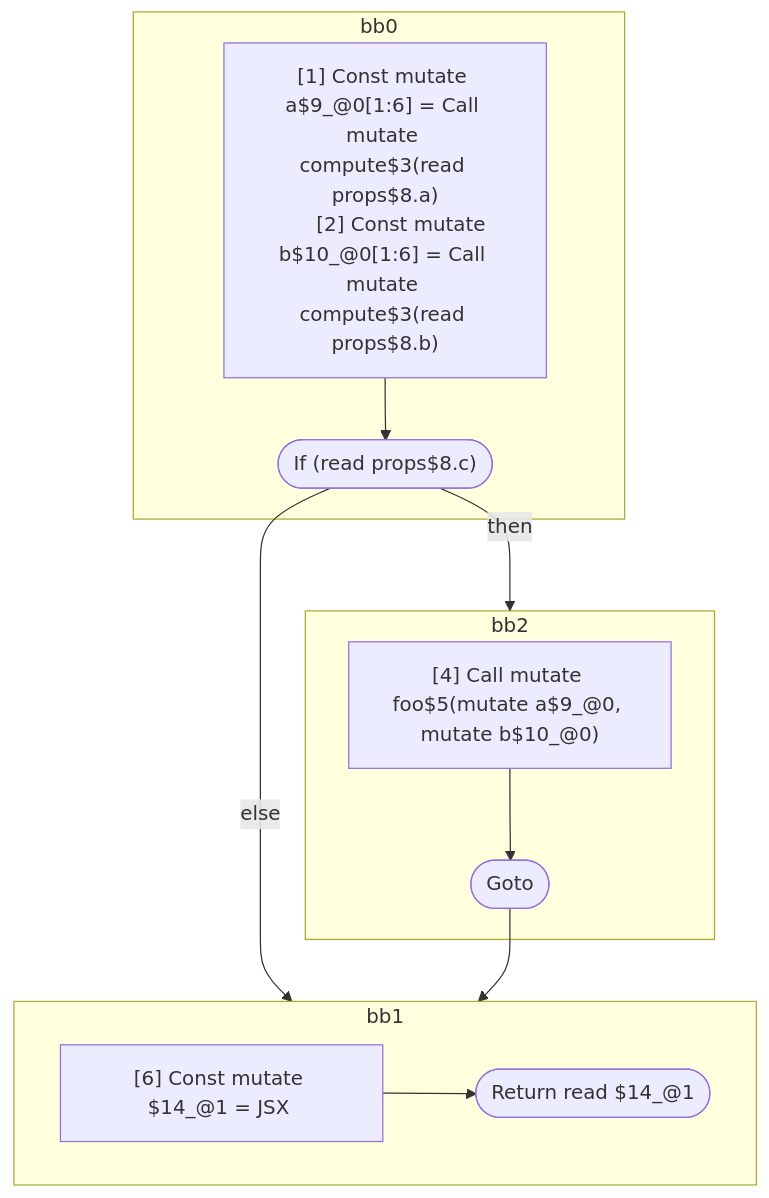
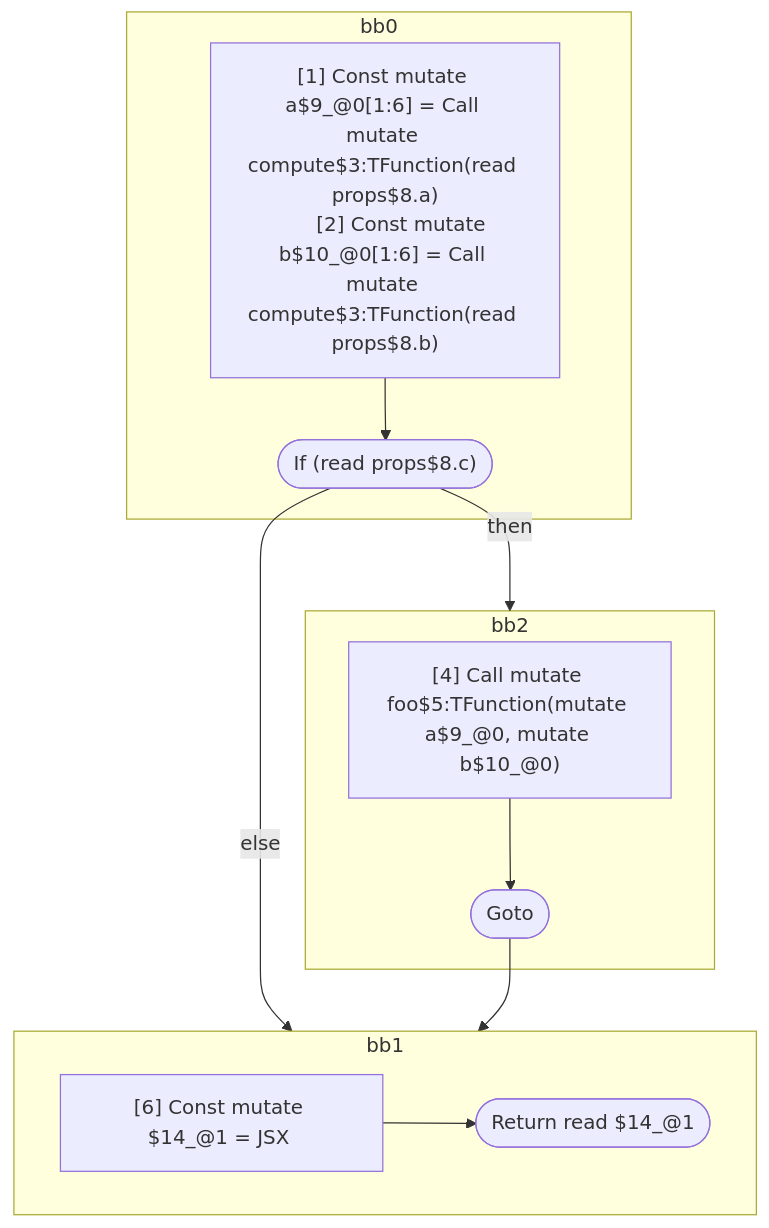
One commit to wutsmog/private changed the fourth of 4 diagrams in compiler/forget/src/__tests__/fixtures/hir/interdependent-across-if.expect.md. Above: the diagram before and after it, drawn with Mermaid. The commit also changed other lines of this file and 112 other files, not shown here.

````diff
--- a/compiler/forget/src/__tests__/fixtures/hir/interdependent-across-if.expect.md
+++ b/compiler/forget/src/__tests__/fixtures/hir/interdependent-across-if.expect.md
@@ -188,29 +188,29 @@
 ```mermaid
 flowchart TB
   %% Basic Blocks
   subgraph bb0
     bb0_instrs["
-      [1] Const mutate a$9_@0[1:6] = Call mutate compute$3(read props$8.a)
-      [2] Const mutate b$10_@0[1:6] = Call mutate compute$3(read props$8.b)
+      [1] Const mutate a$9_@0[1:6] = Call mutate compute$3:TFunction(read props$8.a)
+      [2] Const mutate b$10_@0[1:6] = Call mutate compute$3:TFunction(read props$8.b)
     "]
     bb0_instrs --> bb0_terminal(["If (read props$8.c)"])
   end
   subgraph bb2
     bb2_instrs["
-      [4] Call mutate foo$5(mutate a$9_@0, mutate b$10_@0)
+      [4] Call mutate foo$5:TFunction(mutate a$9_@0, mutate b$10_@0)
     "]
     bb2_instrs --> bb2_terminal(["Goto"])
   end
   subgraph bb1
     bb1_instrs["
       [6] Const mutate $14_@1 = JSX <read Foo$6 a={freeze a$9_@0} b={freeze b$10_@0} ></read Foo$6>
     "]
     bb1_instrs --> bb1_terminal(["Return read $14_@1"])
   end
 
   %% Jumps
   bb0_terminal -- "then" --> bb2
   bb0_terminal -- "else" --> bb1
   bb2_terminal --> bb1
 
 ```
````
